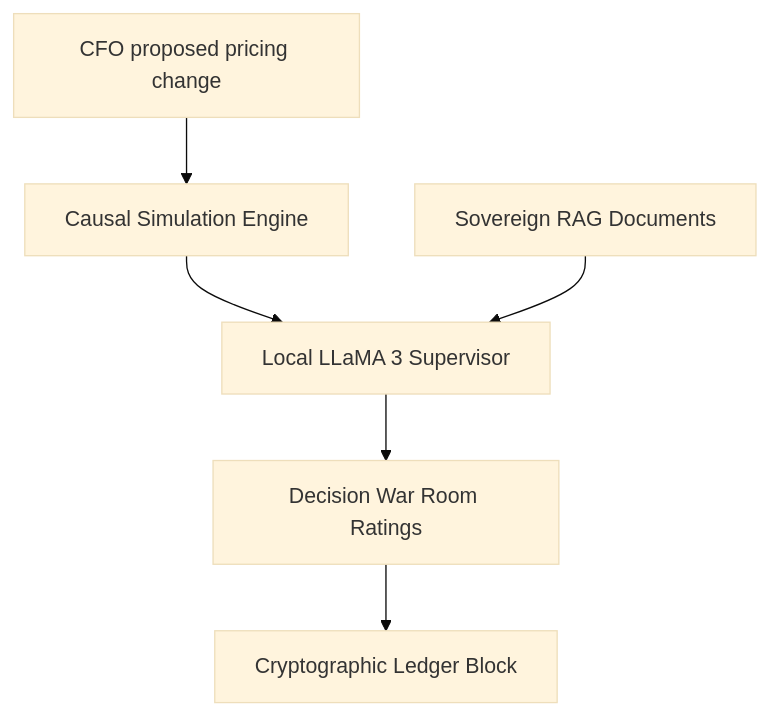
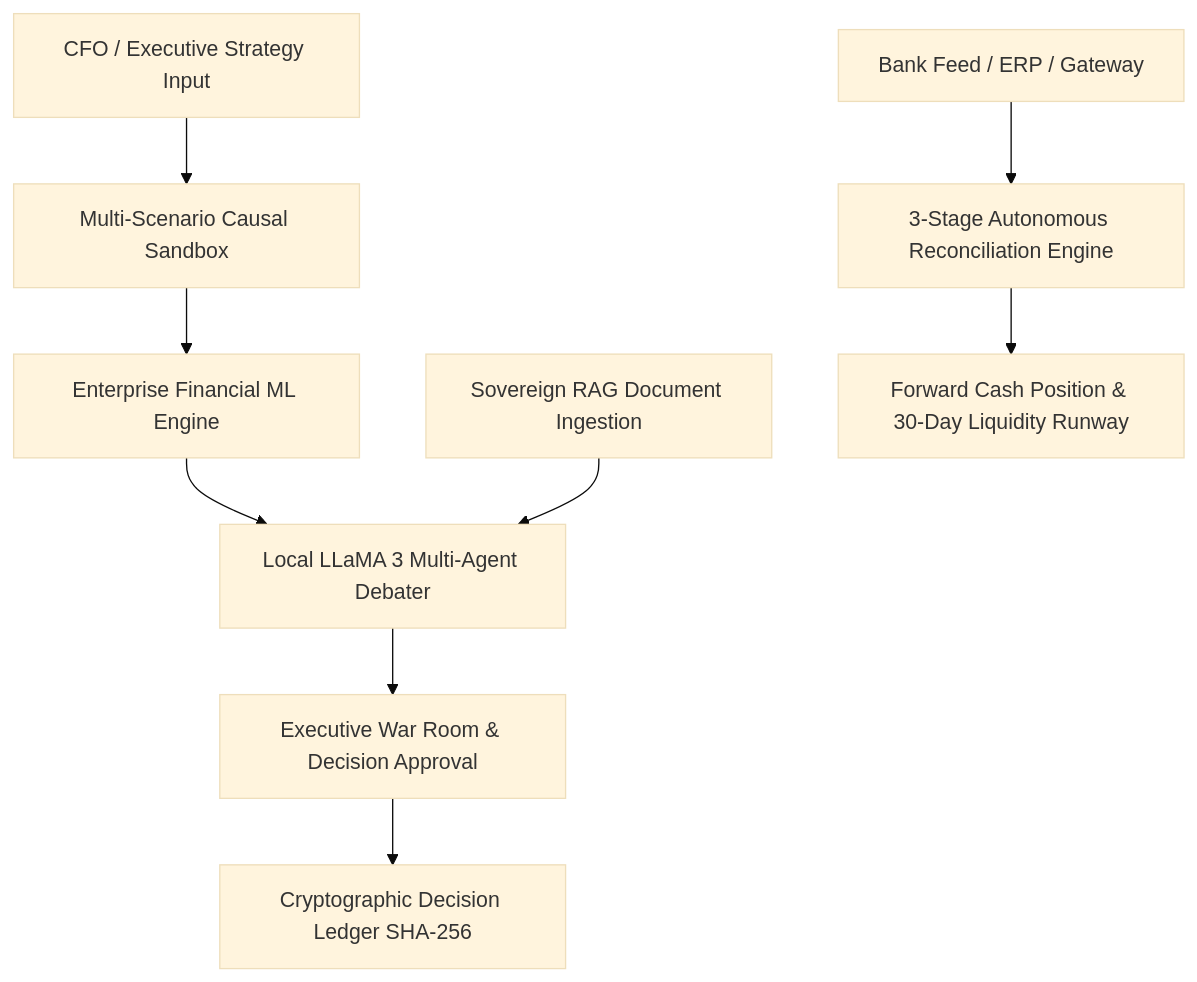
The diagram in README.md (jaimiltrived/BUILDTHON-), drawn with Mermaid (base theme) before and after one commit. The commit also changed other lines of this file, not shown here.

Commit message:
docs(readme): Overhaul README with enterprise platform pillars, RBAC matrix, and API specifications

````diff
--- a/README.md
+++ b/README.md
@@ -12,8 +21,11 @@
 ```mermaid
 graph TD
-    A[CFO proposed pricing change] --> B[Causal Simulation Engine]
-    B --> C[Local LLaMA 3 Supervisor]
-    D[Sovereign RAG Documents] --> C
-    C --> E[Decision War Room Ratings]
-    E --> F[Cryptographic Ledger Block]
+    A[CFO / Executive Strategy Input] --> B[Multi-Scenario Causal Sandbox]
+    B --> C[Enterprise Financial ML Engine]
+    C --> D[Local LLaMA 3 Multi-Agent Debater]
+    E[Sovereign RAG Document Ingestion] --> D
+    D --> F[Executive War Room & Decision Approval]
+    F --> G[Cryptographic Decision Ledger SHA-256]
+    H[Bank Feed / ERP / Gateway] --> I[3-Stage Autonomous Reconciliation Engine]
+    I --> J[Forward Cash Position & 30-Day Liquidity Runway]
 ```
````
